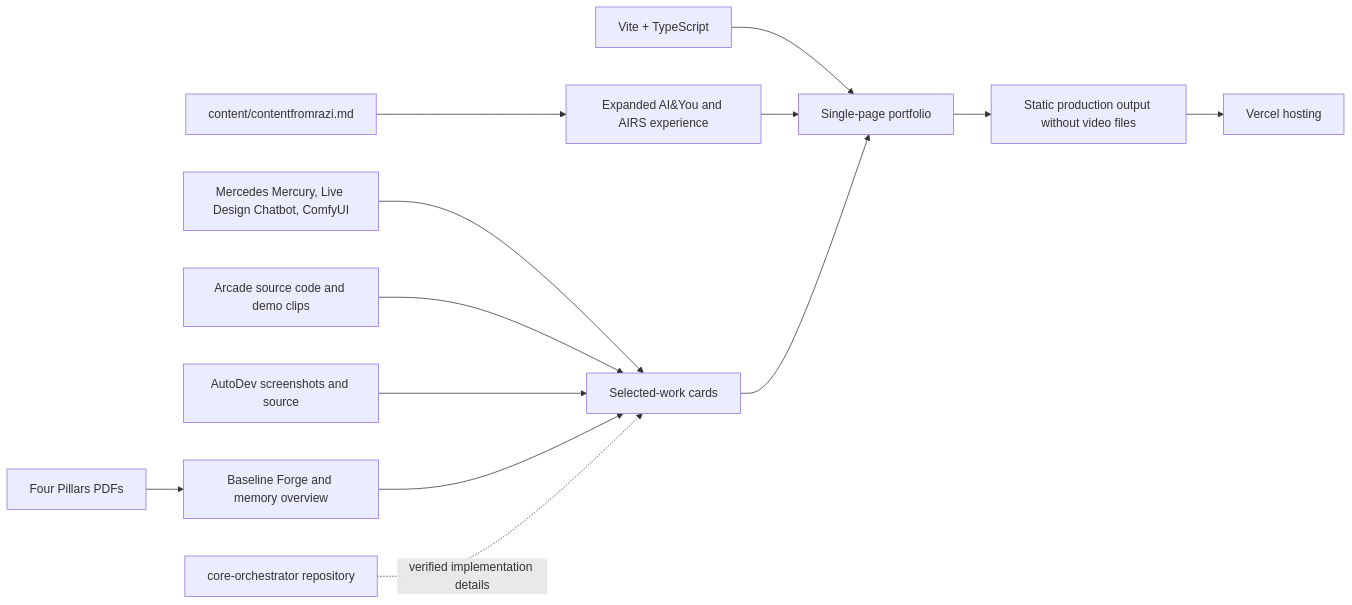
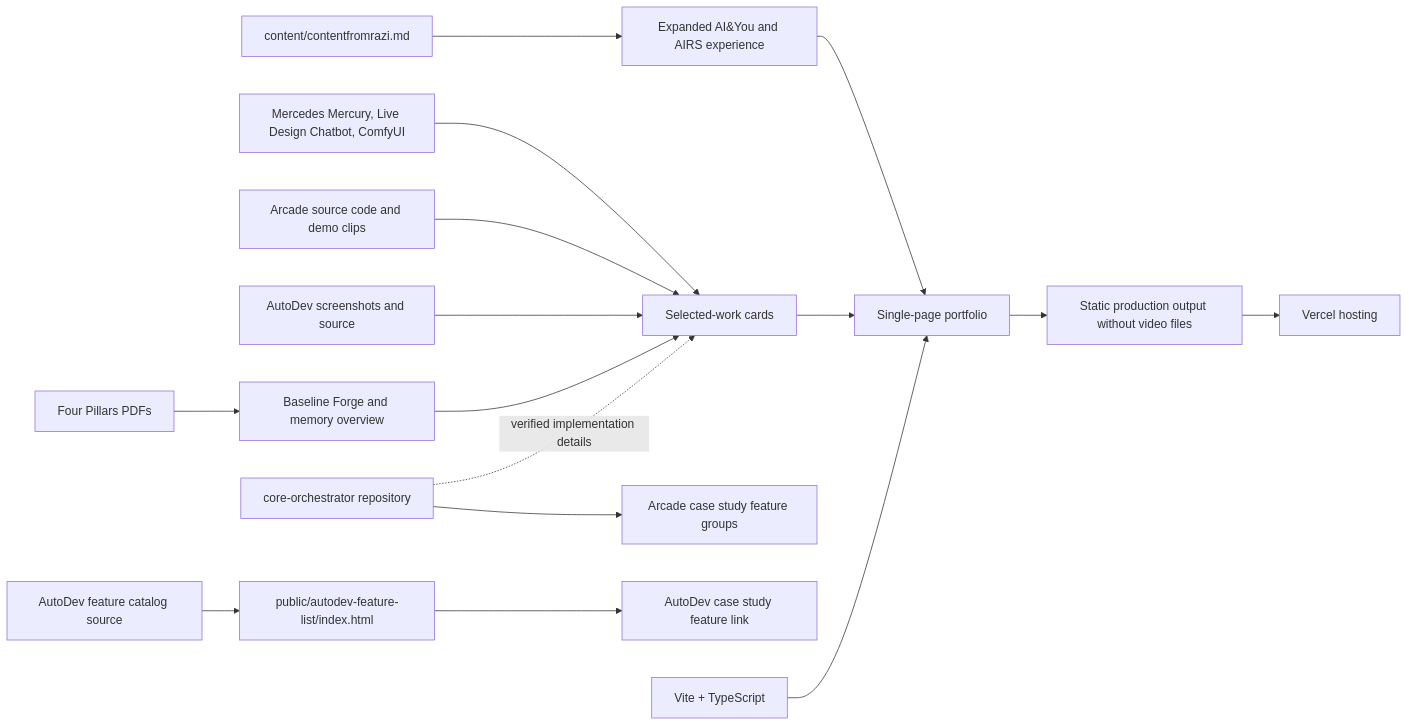
The diagram in docs/agent-work/PROJECT_MAP.md (raziashary/portfolio), drawn with Mermaid before and after one commit. The commit also changed other lines of this file and 6 other files, not shown here.

Commit message:
feat: expand AutoDev and Arcade case studies

````diff
--- a/docs/agent-work/PROJECT_MAP.md
+++ b/docs/agent-work/PROJECT_MAP.md
@@ -5,15 +5,18 @@
 ```mermaid
 flowchart LR
   Brief[content/contentfromrazi.md] --> Career[Expanded AI&You and AIRS experience]
   AIYou[Mercedes Mercury, Live Design Chatbot, ComfyUI] --> Work[Selected-work cards]
   Arcade[Arcade source code and demo clips] --> Work
   AutoDev[AutoDev screenshots and source] --> Work
+  AutoDevCatalog[AutoDev feature catalog source] --> CatalogCopy[public/autodev-feature-list/index.html]
+  CatalogCopy --> AutoDevWork[AutoDev case study feature link]
+  Core --> ArcadeWork[Arcade case study feature groups]
   ForgeMemory[Four Pillars PDFs] --> ForgeCard[Baseline Forge and memory overview]
   ForgeCard --> Work
   Core[core-orchestrator repository] -. verified implementation details .-> Work
   Vite[Vite + TypeScript] --> Portfolio[Single-page portfolio]
   Career --> Portfolio
   Work --> Portfolio
   Portfolio --> Static[Static production output without video files]
   Static --> Vercel[Vercel hosting]
 ```
````
